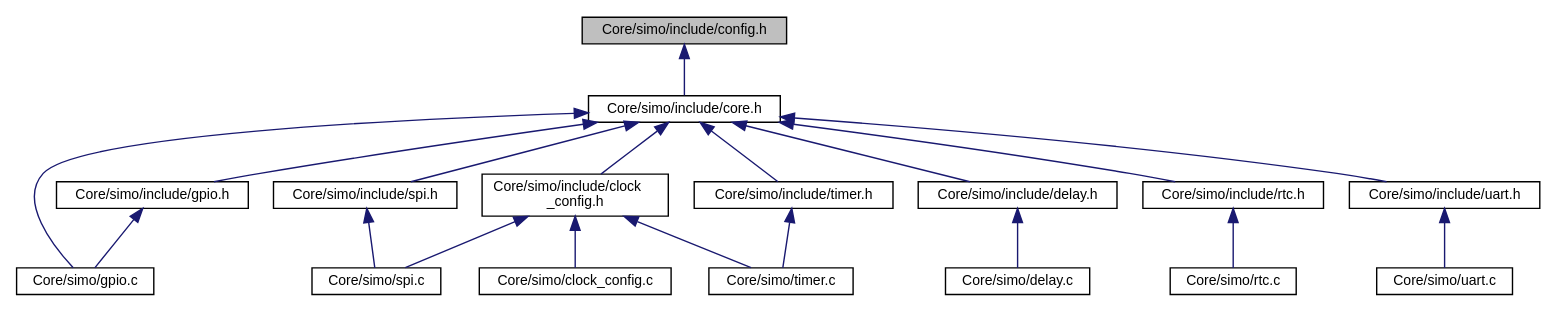
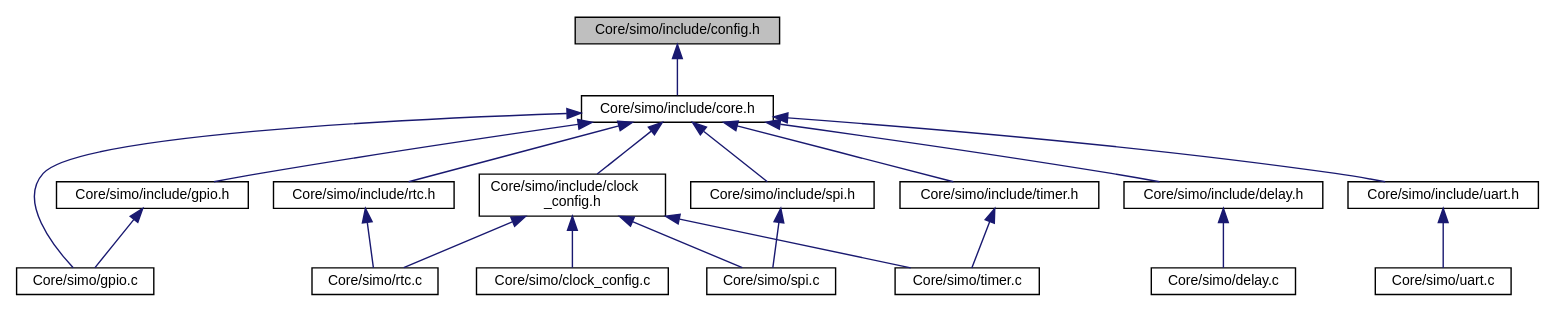
One commit to Germanvelardez2018/SIMO-STM32-framework changed the diagram in docs/config_8h__dep__incl.dot. Above: the diagram before and after it, drawn with Graphviz. The commit also changed 46 other files, not shown here.

```diff
--- a/docs/config_8h__dep__incl.dot
+++ b/docs/config_8h__dep__incl.dot
@@ -1,40 +1,41 @@
 digraph "Core/simo/include/config.h"
 {
  // LATEX_PDF_SIZE
   edge [fontname="Helvetica",fontsize="10",labelfontname="Helvetica",labelfontsize="10"];
   node [fontname="Helvetica",fontsize="10",shape=record];
   Node1 [label="Core/simo/include/config.h",height=0.2,width=0.4,color="black", fillcolor="grey75", style="filled", fontcolor="black",tooltip=" "];
   Node1 -> Node2 [dir="back",color="midnightblue",fontsize="10",style="solid",fontname="Helvetica"];
   Node2 [label="Core/simo/include/core.h",height=0.2,width=0.4,color="black", fillcolor="white", style="filled",URL="$core_8h.html",tooltip=" "];
   Node2 -> Node3 [dir="back",color="midnightblue",fontsize="10",style="solid",fontname="Helvetica"];
   Node3 [label="Core/simo/gpio.c",height=0.2,width=0.4,color="black", fillcolor="white", style="filled",URL="$gpio_8c.html",tooltip=" "];
   Node2 -> Node4 [dir="back",color="midnightblue",fontsize="10",style="solid",fontname="Helvetica"];
   Node4 [label="Core/simo/include/clock\l_config.h",height=0.2,width=0.4,color="black", fillcolor="white", style="filled",URL="$clock__config_8h.html",tooltip=" "];
   Node4 -> Node5 [dir="back",color="midnightblue",fontsize="10",style="solid",fontname="Helvetica"];
   Node5 [label="Core/simo/clock_config.c",height=0.2,width=0.4,color="black", fillcolor="white", style="filled",URL="$clock__config_8c.html",tooltip=" "];
   Node4 -> Node6 [dir="back",color="midnightblue",fontsize="10",style="solid",fontname="Helvetica"];
-  Node6 [label="Core/simo/spi.c",height=0.2,width=0.4,color="black", fillcolor="white", style="filled",URL="$spi_8c.html",tooltip="Driver para abstraer el hardware SPI."];
+  Node6 [label="Core/simo/rtc.c",height=0.2,width=0.4,color="black", fillcolor="white", style="filled",URL="$rtc_8c.html",tooltip=" "];
   Node4 -> Node7 [dir="back",color="midnightblue",fontsize="10",style="solid",fontname="Helvetica"];
-  Node7 [label="Core/simo/timer.c",height=0.2,width=0.4,color="black", fillcolor="white", style="filled",URL="$timer_8c.html",tooltip=" "];
-  Node2 -> Node8 [dir="back",color="midnightblue",fontsize="10",style="solid",fontname="Helvetica"];
-  Node8 [label="Core/simo/include/delay.h",height=0.2,width=0.4,color="black", fillcolor="white", style="filled",URL="$delay_8h.html",tooltip="Abstraccion de funcion delay bloqueante."];
-  Node8 -> Node9 [dir="back",color="midnightblue",fontsize="10",style="solid",fontname="Helvetica"];
-  Node9 [label="Core/simo/delay.c",height=0.2,width=0.4,color="black", fillcolor="white", style="filled",URL="$delay_8c.html",tooltip=" "];
-  Node2 -> Node10 [dir="back",color="midnightblue",fontsize="10",style="solid",fontname="Helvetica"];
-  Node10 [label="Core/simo/include/gpio.h",height=0.2,width=0.4,color="black", fillcolor="white", style="filled",URL="$gpio_8h.html",tooltip="Driver para abstraer el hardware GPIO del microcontrolador."];
-  Node10 -> Node3 [dir="back",color="midnightblue",fontsize="10",style="solid",fontname="Helvetica"];
+  Node7 [label="Core/simo/spi.c",height=0.2,width=0.4,color="black", fillcolor="white", style="filled",URL="$spi_8c.html",tooltip="Driver para abstraer el hardware SPI."];
+  Node4 -> Node8 [dir="back",color="midnightblue",fontsize="10",style="solid",fontname="Helvetica"];
+  Node8 [label="Core/simo/timer.c",height=0.2,width=0.4,color="black", fillcolor="white", style="filled",URL="$timer_8c.html",tooltip=" "];
+  Node2 -> Node9 [dir="back",color="midnightblue",fontsize="10",style="solid",fontname="Helvetica"];
+  Node9 [label="Core/simo/include/delay.h",height=0.2,width=0.4,color="black", fillcolor="white", style="filled",URL="$delay_8h.html",tooltip="Abstraccion de funcion delay bloqueante."];
+  Node9 -> Node10 [dir="back",color="midnightblue",fontsize="10",style="solid",fontname="Helvetica"];
+  Node10 [label="Core/simo/delay.c",height=0.2,width=0.4,color="black", fillcolor="white", style="filled",URL="$delay_8c.html",tooltip=" "];
   Node2 -> Node11 [dir="back",color="midnightblue",fontsize="10",style="solid",fontname="Helvetica"];
-  Node11 [label="Core/simo/include/rtc.h",height=0.2,width=0.4,color="black", fillcolor="white", style="filled",URL="$rtc_8h.html",tooltip="Abstracion para utilizar el hardware RTC."];
-  Node11 -> Node12 [dir="back",color="midnightblue",fontsize="10",style="solid",fontname="Helvetica"];
-  Node12 [label="Core/simo/rtc.c",height=0.2,width=0.4,color="black", fillcolor="white", style="filled",URL="$rtc_8c.html",tooltip=" "];
+  Node11 [label="Core/simo/include/gpio.h",height=0.2,width=0.4,color="black", fillcolor="white", style="filled",URL="$gpio_8h.html",tooltip="Driver para abstraer el hardware GPIO del microcontrolador."];
+  Node11 -> Node3 [dir="back",color="midnightblue",fontsize="10",style="solid",fontname="Helvetica"];
+  Node2 -> Node12 [dir="back",color="midnightblue",fontsize="10",style="solid",fontname="Helvetica"];
+  Node12 [label="Core/simo/include/rtc.h",height=0.2,width=0.4,color="black", fillcolor="white", style="filled",URL="$rtc_8h.html",tooltip="Abstracion para utilizar el hardware RTC."];
+  Node12 -> Node6 [dir="back",color="midnightblue",fontsize="10",style="solid",fontname="Helvetica"];
   Node2 -> Node13 [dir="back",color="midnightblue",fontsize="10",style="solid",fontname="Helvetica"];
   Node13 [label="Core/simo/include/spi.h",height=0.2,width=0.4,color="black", fillcolor="white", style="filled",URL="$spi_8h.html",tooltip="Driver para abstraer hardware SPI."];
-  Node13 -> Node6 [dir="back",color="midnightblue",fontsize="10",style="solid",fontname="Helvetica"];
+  Node13 -> Node7 [dir="back",color="midnightblue",fontsize="10",style="solid",fontname="Helvetica"];
   Node2 -> Node14 [dir="back",color="midnightblue",fontsize="10",style="solid",fontname="Helvetica"];
   Node14 [label="Core/simo/include/timer.h",height=0.2,width=0.4,color="black", fillcolor="white", style="filled",URL="$timer_8h.html",tooltip="Driver para abstraer el hardware timer."];
-  Node14 -> Node7 [dir="back",color="midnightblue",fontsize="10",style="solid",fontname="Helvetica"];
+  Node14 -> Node8 [dir="back",color="midnightblue",fontsize="10",style="solid",fontname="Helvetica"];
   Node2 -> Node15 [dir="back",color="midnightblue",fontsize="10",style="solid",fontname="Helvetica"];
   Node15 [label="Core/simo/include/uart.h",height=0.2,width=0.4,color="black", fillcolor="white", style="filled",URL="$uart_8h.html",tooltip="Driver para abstraer el hardware UART."];
   Node15 -> Node16 [dir="back",color="midnightblue",fontsize="10",style="solid",fontname="Helvetica"];
   Node16 [label="Core/simo/uart.c",height=0.2,width=0.4,color="black", fillcolor="white", style="filled",URL="$uart_8c.html",tooltip=" "];
 }
```
